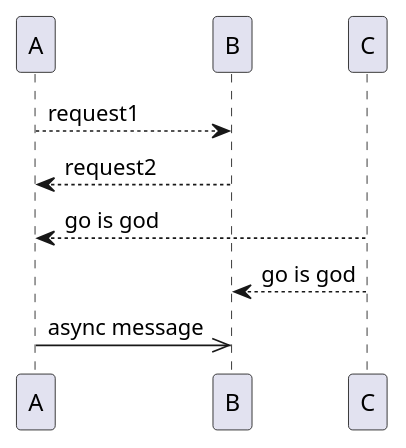
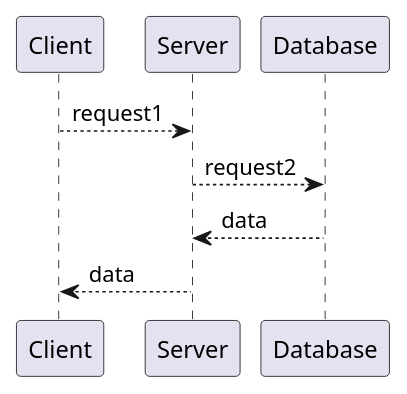
The diagram in sequence.pu (w22054/-w22054-10-), drawn with PlantUML before and after one commit. The commit also changed 1 other file, not shown here.

```diff
--- a/sequence.pu
+++ b/sequence.pu
@@ -1,7 +1,6 @@
 @startuml
-A-->B:request1
-B-->A:request2
-C-->A:go is god
-C-->B:go is god
-A->>B:async message
+Client-->Server:request1
+Server-->Database:request2
+Database-->Server:data
+Server-->Client:data
 @enduml
```
